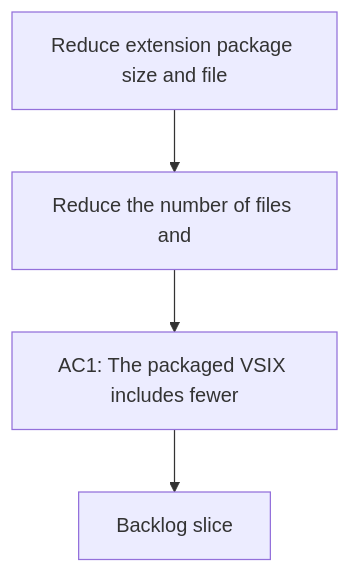
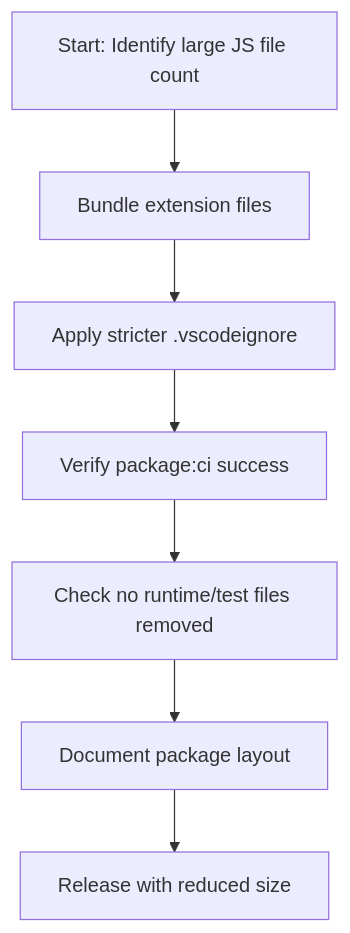
Before and after one commit to AlexAgo83/logics-manager: the diagram in logics/request/req_052_reduce_extension_package_size_and_file_count_for_release_quality.md, drawn with Mermaid. The commit also changed other lines of this file and 54 other files, not shown here.

````diff
--- a/logics/request/req_052_reduce_extension_package_size_and_file_count_for_release_quality.md
+++ b/logics/request/req_052_reduce_extension_package_size_and_file_count_for_release_quality.md
@@ -10,8 +10,11 @@
 ```mermaid
 %% logics-kind: request
 %% logics-signature: request|reduce-extension-package-size-and-file-c|reduce-the-number-of-files-and|ac1-the-packaged-vsix-includes-fewer
 flowchart TD
-    Trigger[Reduce extension package size and file] --> Need[Reduce the number of files and]
-    Need --> Outcome[AC1: The packaged VSIX includes fewer]
-    Outcome --> Backlog[Backlog slice]
+  A[Start: Identify large JS file count] --> B[Bundle extension files]
+  B --> C[Apply stricter .vscodeignore]
+  C --> D[Verify package:ci success]
+  D --> E[Check no runtime/test files removed]
+  E --> F[Document package layout]
+  F --> G[Release with reduced size]
 ```
````
